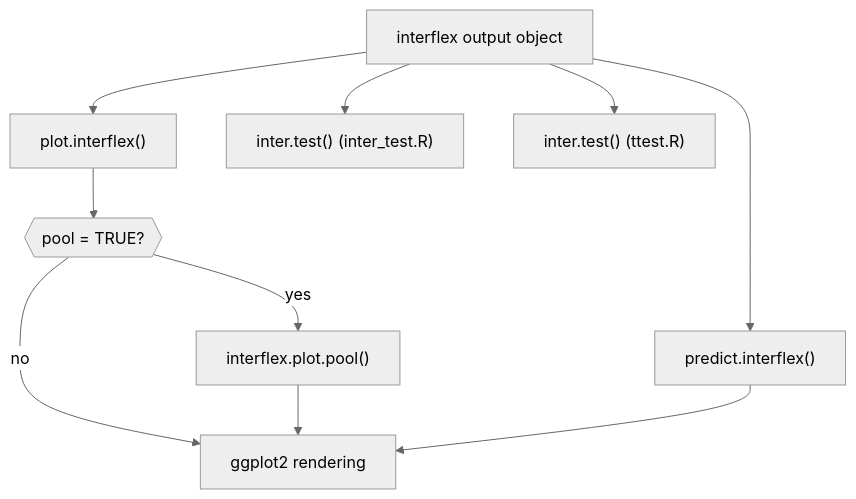
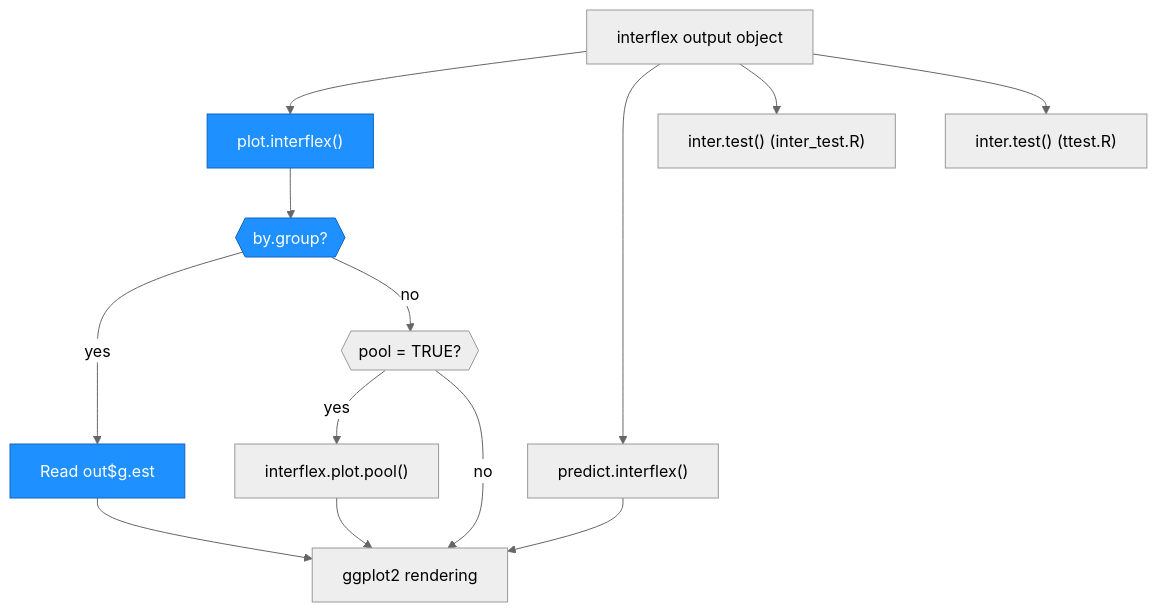
Before and after one commit to xuyiqing/interflex: the third of 4 diagrams in architecture.md, drawn with Mermaid. The commit also changed other lines of this file and 19 other files, not shown here.

````diff
--- a/architecture.md
+++ b/architecture.md
@@ -195,13 +225,20 @@
 ```mermaid
 %%{init: {'theme': 'neutral'}}%%
 graph TD
     OUT["interflex output object"] --> PLOT["plot.interflex()"]
     OUT --> PRED["predict.interflex()"]
     OUT --> TEST["inter.test() (inter_test.R)"]
     OUT --> TEST2["inter.test() (ttest.R)"]
-    PLOT --> POOL{{"pool = TRUE?"}}
+    PLOT --> BYGRP{{"by.group?"}}
+    BYGRP -- yes --> GEST["Read out$g.est"]
+    BYGRP -- no --> POOL{{"pool = TRUE?"}}
     POOL -- yes --> PPL["interflex.plot.pool()"]
     POOL -- no --> GPLT["ggplot2 rendering"]
+    GEST --> GPLT
     PPL --> GPLT
     PRED --> GPLT
+
+    style PLOT fill:#1e90ff,stroke:#1565c0,color:#fff
+    style BYGRP fill:#1e90ff,stroke:#1565c0,color:#fff
+    style GEST fill:#1e90ff,stroke:#1565c0,color:#fff
 ```
````
